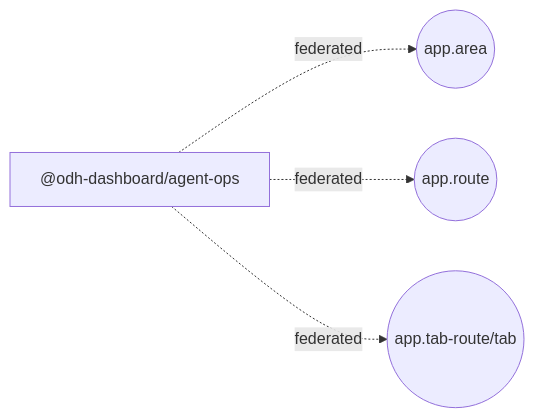
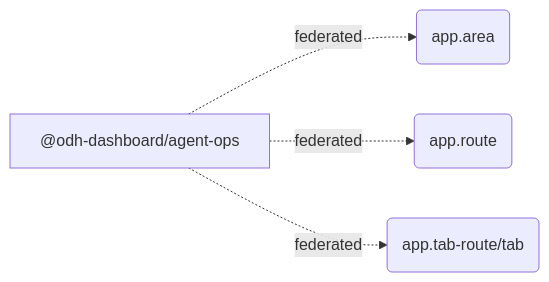
The second of 2 diagrams in packages/agent-ops/docs/extensions.md (mturley/odh-dashboard), drawn with Mermaid before and after one commit. The commit also changed other lines of this file and 24 other files, not shown here.

````diff
--- a/packages/agent-ops/docs/extensions.md
+++ b/packages/agent-ops/docs/extensions.md
@@ -50,10 +50,10 @@
 ```mermaid
 flowchart LR
   pkg_n__odh_dashboard_agent_ops_232eca["@odh-dashboard/agent-ops"]
-  point_n_app_area_bcfe23(("app.area"))
+  point_n_app_area_bcfe23("app.area")
   pkg_n__odh_dashboard_agent_ops_232eca -. "federated" .-> point_n_app_area_bcfe23
-  point_n_app_route_2735df(("app.route"))
+  point_n_app_route_2735df("app.route")
   pkg_n__odh_dashboard_agent_ops_232eca -. "federated" .-> point_n_app_route_2735df
-  point_n_app_tab_route_tab_10b1cd(("app.tab-route/tab"))
+  point_n_app_tab_route_tab_10b1cd("app.tab-route/tab")
   pkg_n__odh_dashboard_agent_ops_232eca -. "federated" .-> point_n_app_tab_route_tab_10b1cd
 ```
````
